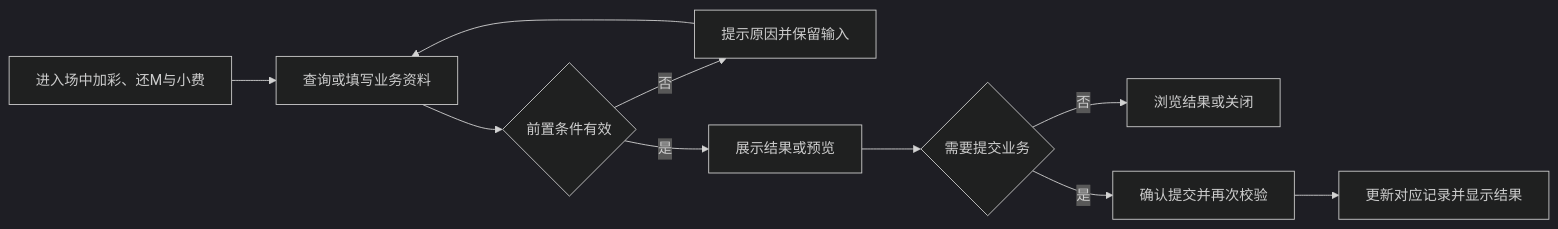
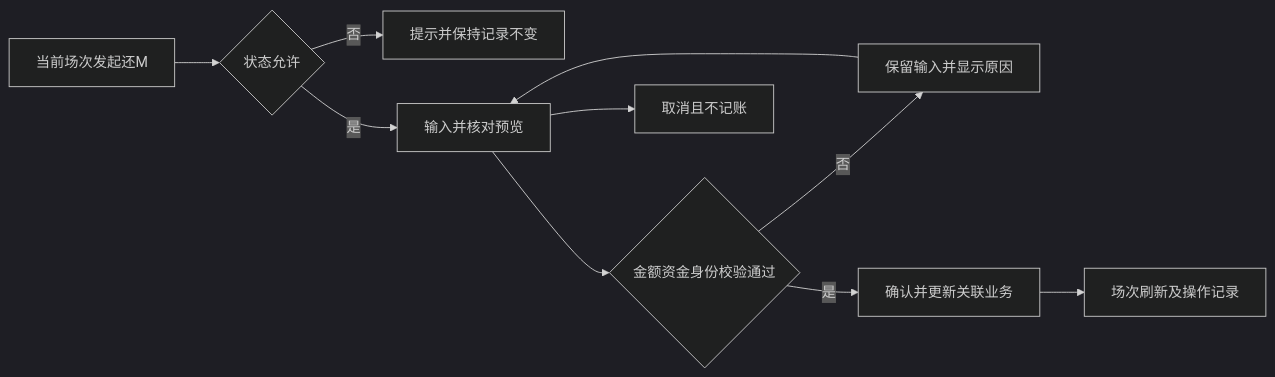
Before and after one commit to bala-luoluo/cashier-prototype: the third of 12 diagrams in docs/菜单PRD_20261109/PRD_开工管理_20261109.md, drawn with Mermaid (dark theme). The commit also changed other lines of this file and 5 other files, not shown here.

````diff
--- a/docs/菜单PRD_20261109/PRD_开工管理_20261109.md
+++ b/docs/菜单PRD_20261109/PRD_开工管理_20261109.md
@@ -130,12 +224,12 @@
 ```mermaid
 flowchart LR
-  A[进入场中加彩、还M与小费] --> B[查询或填写业务资料]
-  B --> C{前置条件有效}
-  C -- 否 --> D[提示原因并保留输入]
-  D --> B
-  C -- 是 --> E[展示结果或预览]
-  E --> F{需要提交业务}
-  F -- 否 --> G[浏览结果或关闭]
-  F -- 是 --> H[确认提交并再次校验]
-  H --> I[更新对应记录并显示结果]
+  A[当前场次发起还M] --> B{状态允许}
+  B -- 否 --> C[提示并保持记录不变]
+  B -- 是 --> D[输入并核对预览]
+  D --> E{金额资金身份校验通过}
+  E -- 否 --> F[保留输入并显示原因]
+  F --> D
+  E -- 是 --> G[确认并更新关联业务]
+  G --> H[场次刷新及操作记录]
+  D --> I[取消且不记账]
 ```
````
